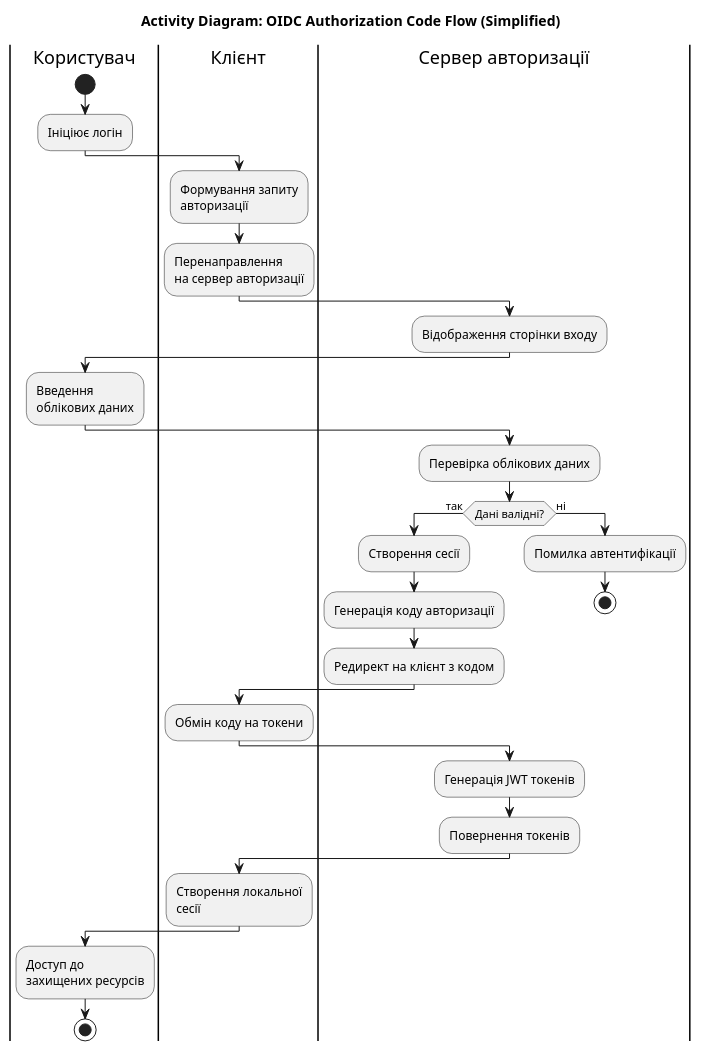
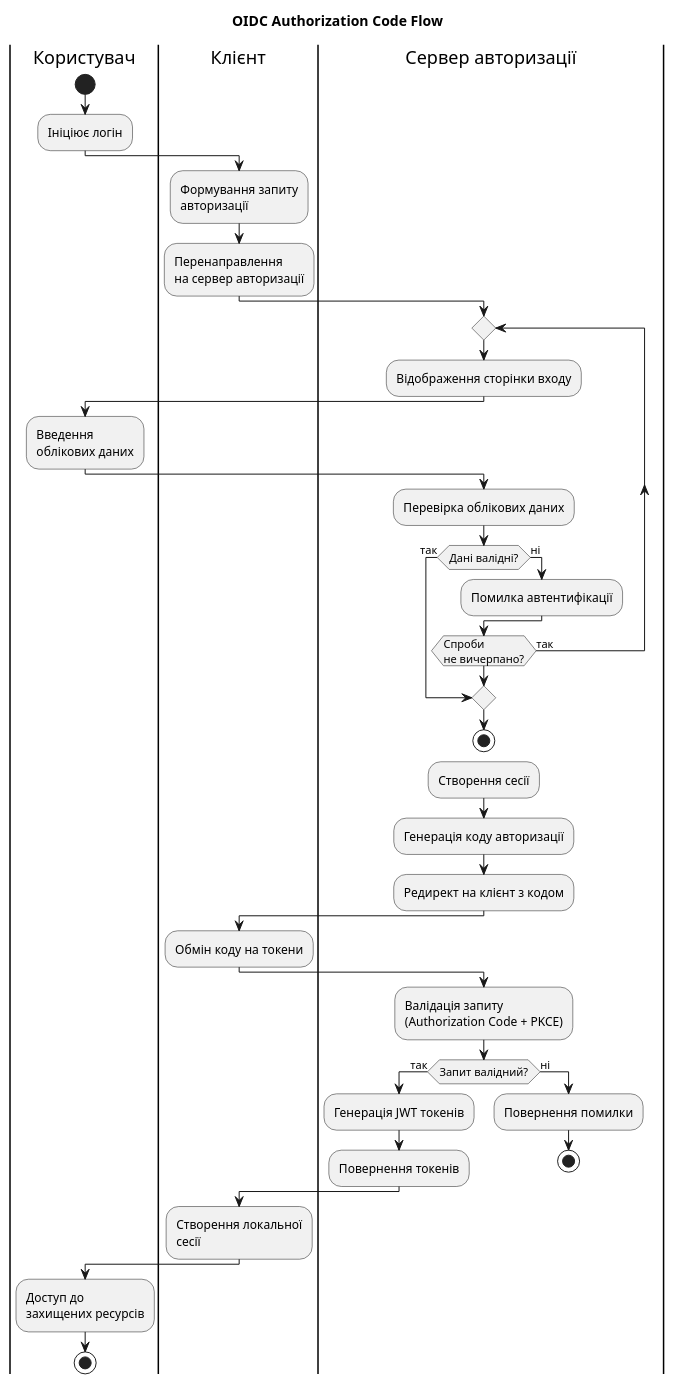
The diagram in Docs/activity_diagram.puml (AyTee001/AuthProvider), drawn with PlantUML before and after one commit.

Commit message:
refine activity diagram

```diff
--- a/Docs/activity_diagram.puml
+++ b/Docs/activity_diagram.puml
@@ -1,43 +1,55 @@
 @startuml "ActivityDiagram_Simplified"
-title Activity Diagram: OIDC Authorization Code Flow (Simplified)
+title OIDC Authorization Code Flow
 
 |Користувач|
 start
 :Ініціює логін;
 
 |Клієнт|
 :Формування запиту\nавторизації;
 :Перенаправлення\nна сервер авторизації;
 
 |Сервер авторизації|
-:Відображення сторінки входу;
+repeat
+  :Відображення сторінки входу;
 
 |Користувач|
-:Введення\nоблікових даних;
+  :Введення\nоблікових даних;
 
 |Сервер авторизації|
-:Перевірка облікових даних;
+  :Перевірка облікових даних;
+  
+  if (Дані валідні?) then (так)
+    break
+  else (ні)
+    :Помилка автентифікації;
+  endif
+repeat while (Спроби\nне вичерпано?) is (так)
 
-if (Дані валідні?) then (так)
-  :Створення сесії;
-  :Генерація коду авторизації;
-  :Редирект на клієнт з кодом;
-else (ні)
-  :Помилка автентифікації;
-  stop
-endif
+stop
+
+:Створення сесії;
+:Генерація коду авторизації;
+:Редирект на клієнт з кодом;
 
 |Клієнт|
 :Обмін коду на токени;
 
 |Сервер авторизації|
-:Генерація JWT токенів;
-:Повернення токенів;
+:Валідація запиту\n(Authorization Code + PKCE);
+
+if (Запит валідний?) then (так)
+  :Генерація JWT токенів;
+  :Повернення токенів;
+else (ні)
+  :Повернення помилки;
+  stop
+endif
 
 |Клієнт|
 :Створення локальної\nсесії;
 
 |Користувач|
 :Доступ до\nзахищених ресурсів;
 stop
 @enduml
```
